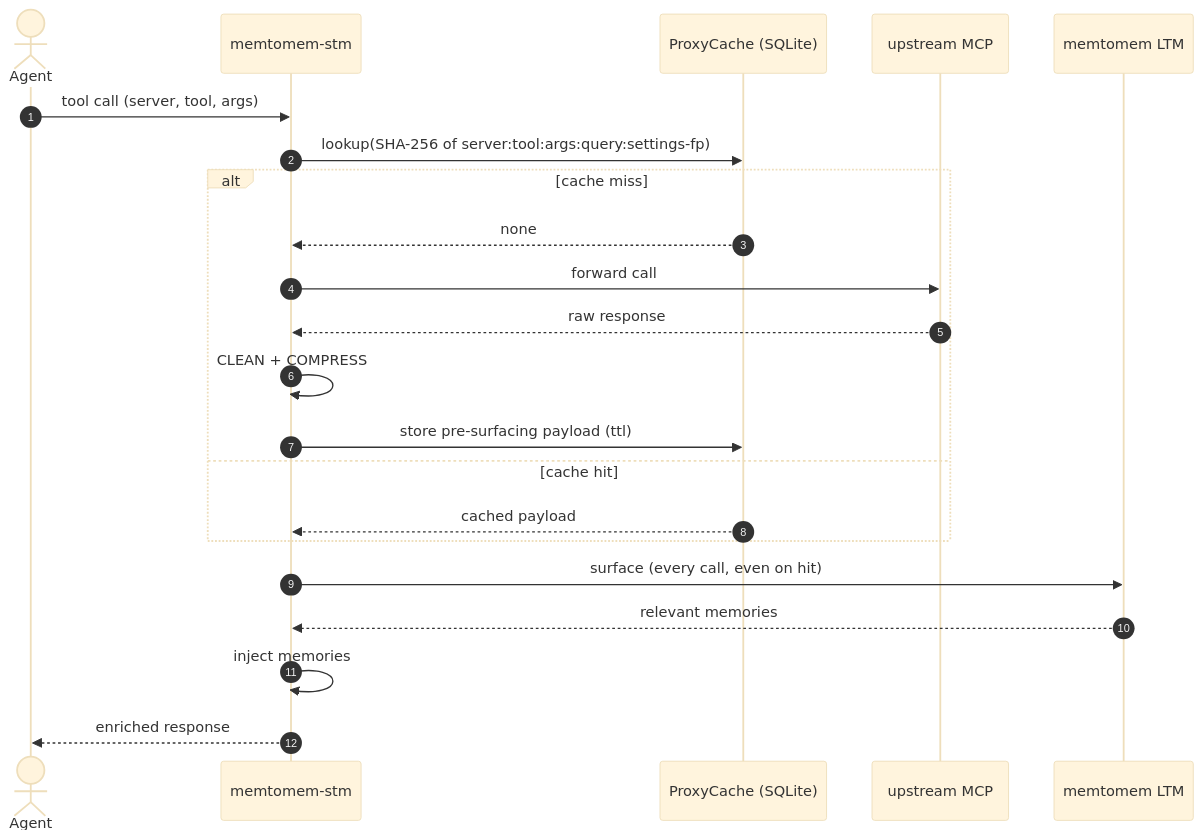
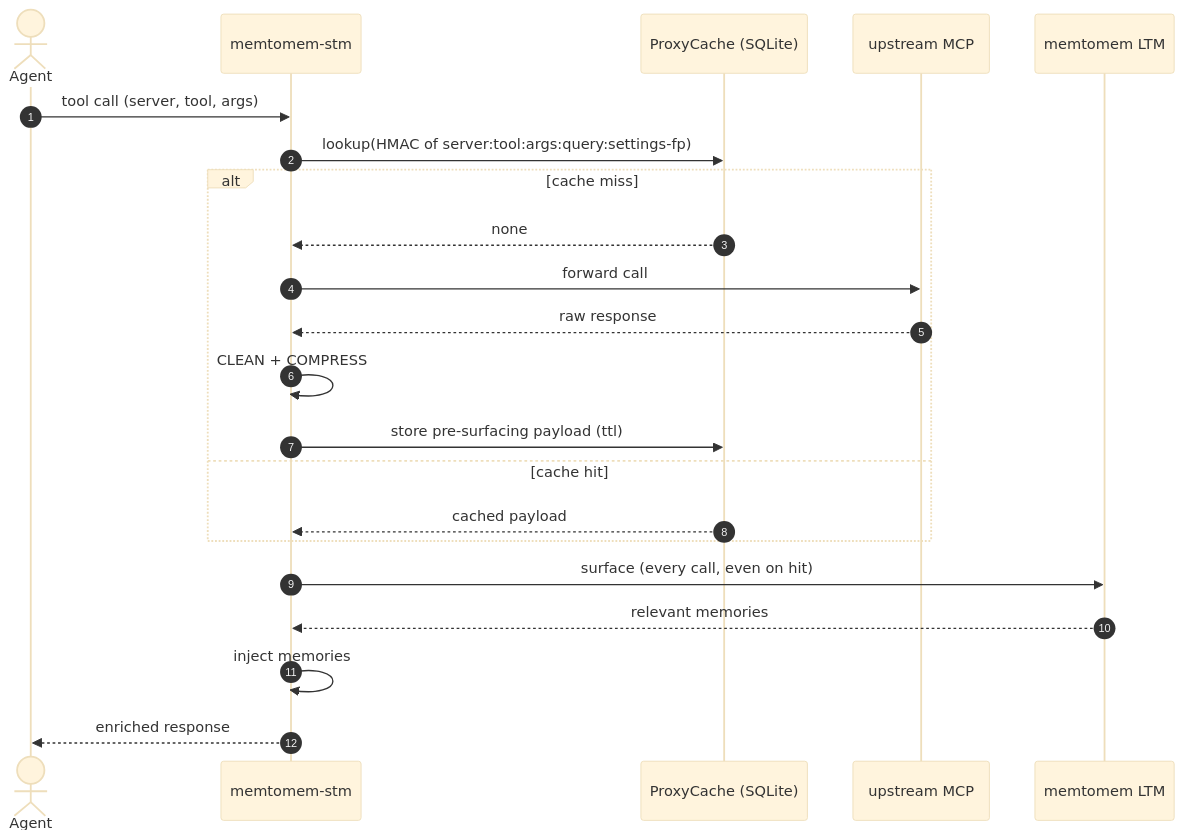
The diagram in docs/caching.md (memtomem/memtomem-stm), drawn with Mermaid (base theme) before and after one commit. The commit also changed other lines of this file and 15 other files, not shown here.

````diff
--- a/docs/caching.md
+++ b/docs/caching.md
@@ -10,25 +10,25 @@
 ```mermaid
 sequenceDiagram
     autonumber
     actor Agent
     participant STM as memtomem-stm
     participant Cache as ProxyCache (SQLite)
     participant Up as upstream MCP
     participant LTM as memtomem LTM
 
     Agent->>STM: tool call (server, tool, args)
-    STM->>Cache: lookup(SHA-256 of server:tool:args:query:settings-fp)
+    STM->>Cache: lookup(HMAC of server:tool:args:query:settings-fp)
     alt cache miss
         Cache-->>STM: none
         STM->>Up: forward call
         Up-->>STM: raw response
         STM->>STM: CLEAN + COMPRESS
         STM->>Cache: store pre-surfacing payload (ttl)
     else cache hit
         Cache-->>STM: cached payload
     end
     STM->>LTM: surface (every call, even on hit)
     LTM-->>STM: relevant memories
     STM->>STM: inject memories
     STM-->>Agent: enriched response
 ```
````
